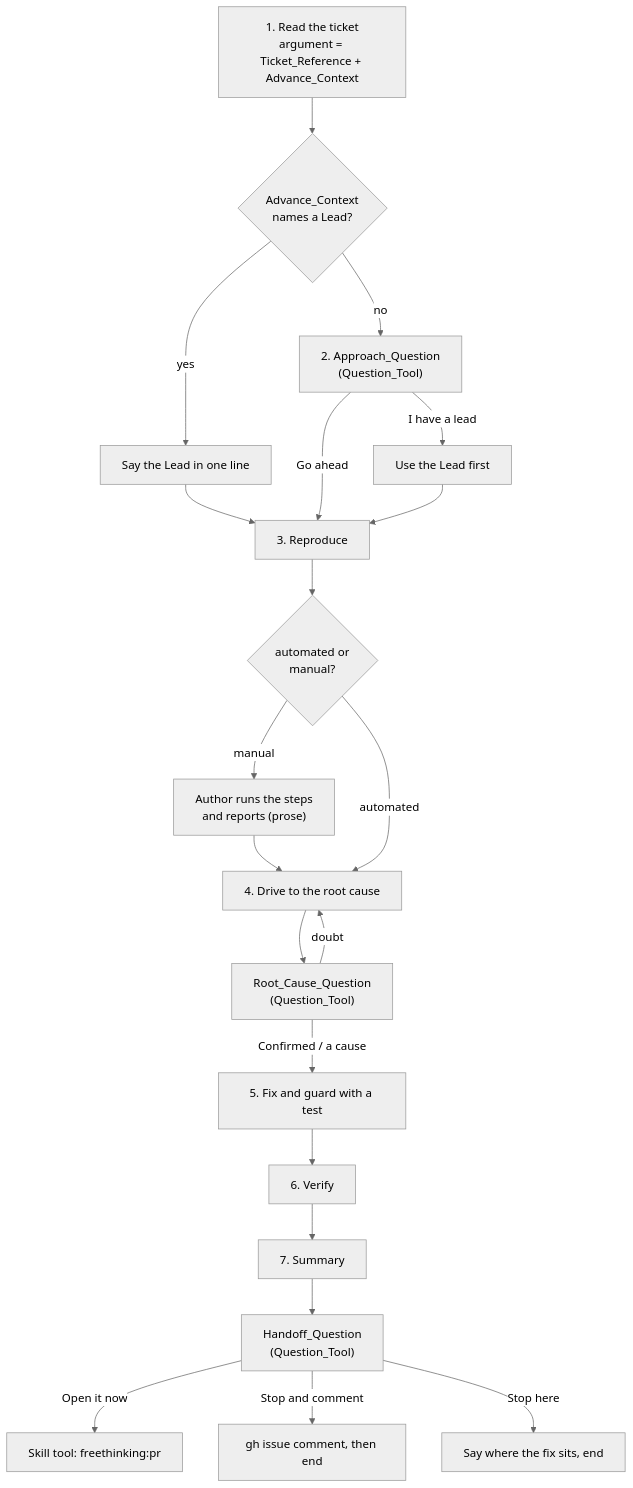
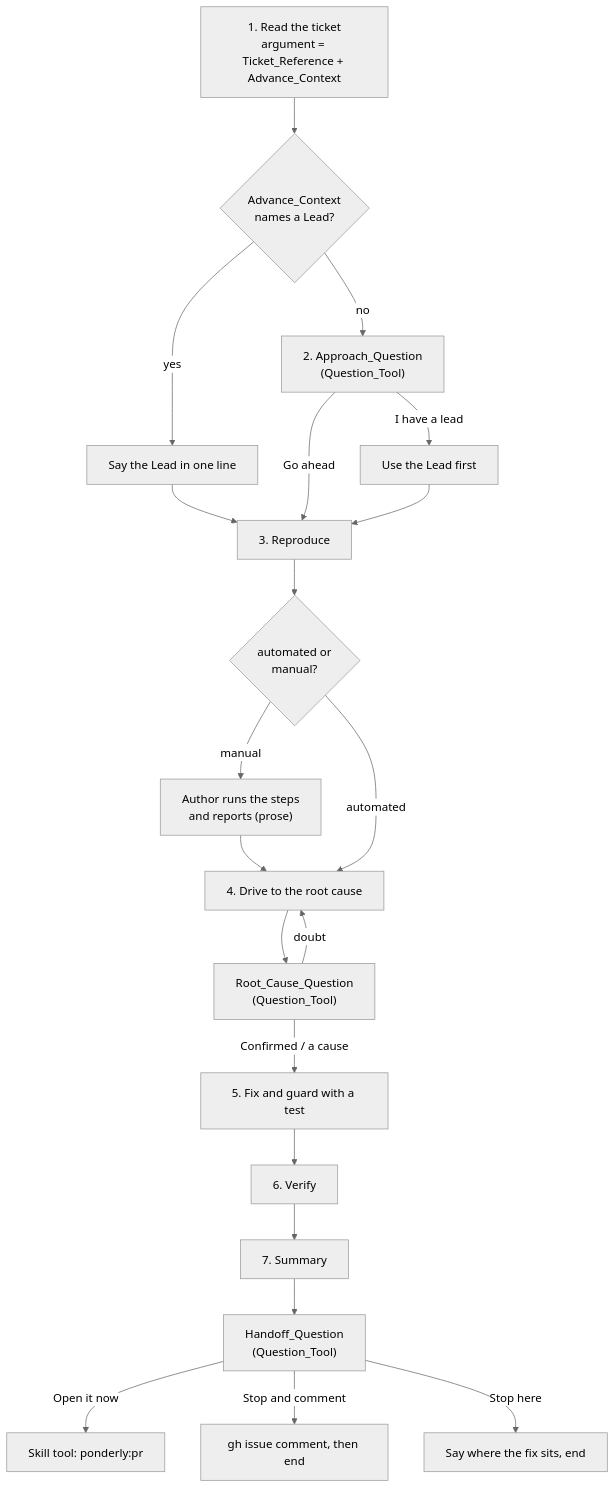
One commit to freethinkingit/dev_tools changed the first of 2 diagrams in .ponderly/specs/bugfix-cx-and-handoff/design.md. Above: the diagram before and after it, drawn with Mermaid (neutral theme). The commit also changed other lines of this file and 182 other files, not shown here.

````diff
--- a/.ponderly/specs/bugfix-cx-and-handoff/design.md
+++ b/.ponderly/specs/bugfix-cx-and-handoff/design.md
@@ -11,23 +11,23 @@
 ```mermaid
 flowchart TD
     A["1. Read the ticket<br/>argument = Ticket_Reference + Advance_Context"] --> A1{"Advance_Context<br/>names a Lead?"}
     A1 -- yes --> A2["Say the Lead in one line"] --> C
     A1 -- no --> B["2. Approach_Question<br/>(Question_Tool)"]
     B -- "Go ahead" --> C["3. Reproduce"]
     B -- "I have a lead" --> B1["Use the Lead first"] --> C
     C --> C1{"automated or<br/>manual?"}
     C1 -- manual --> C2["Author runs the steps<br/>and reports (prose)"] --> D
     C1 -- automated --> D["4. Drive to the root cause"]
     D --> E["Root_Cause_Question<br/>(Question_Tool)"]
     E -- "Confirmed / a cause" --> F["5. Fix and guard with a test"]
     E -- "doubt" --> D
     F --> G["6. Verify"]
     G --> H["7. Summary"]
     H --> I["Handoff_Question<br/>(Question_Tool)"]
-    I -- "Open it now" --> J["Skill tool: freethinking:pr <ticket>"]
+    I -- "Open it now" --> J["Skill tool: ponderly:pr <ticket>"]
     I -- "Stop and comment" --> K["gh issue comment, then end"]
     I -- "Stop here" --> L["Say where the fix sits, end"]
     style B fill:#eee
     style E fill:#eee
     style I fill:#eee
 ```
````
